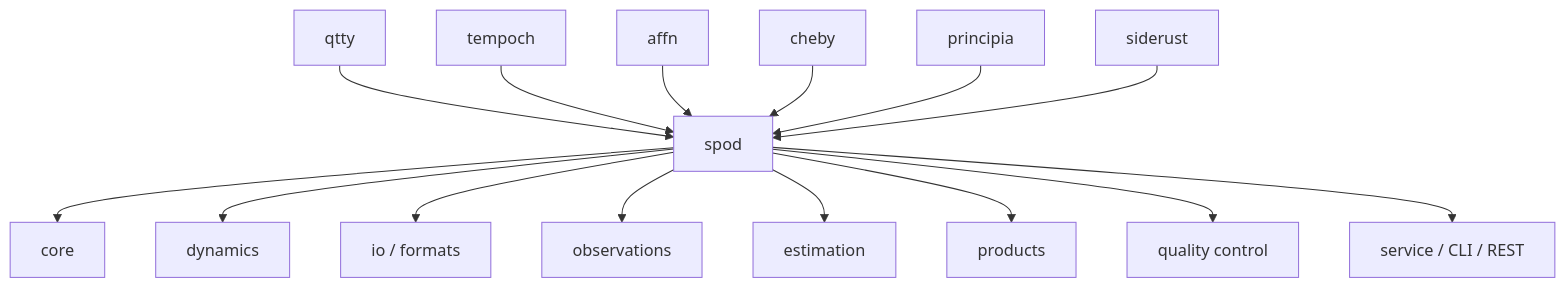
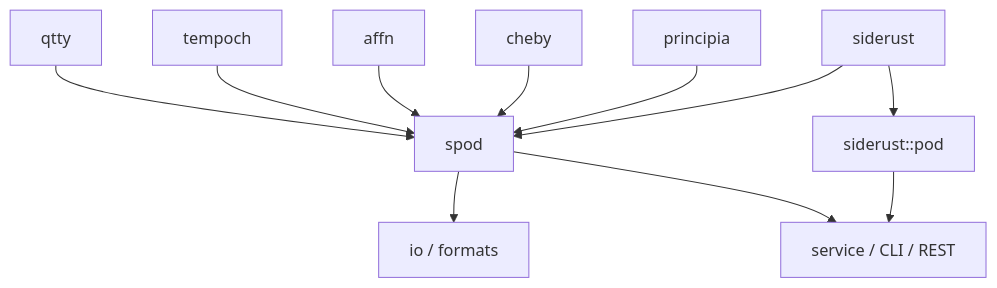
Before and after one commit to VPRamon/spod: the first of 2 diagrams in docs/architecture/overview.md, drawn with Mermaid. The commit also changed other lines of this file and 107 other files, not shown here.

````diff
--- a/docs/architecture/overview.md
+++ b/docs/architecture/overview.md
@@ -16,18 +16,14 @@
 ```mermaid
 flowchart TD
     QTTY[qtty] --> POD[spod]
     TEMPOCH[tempoch] --> POD
     AFFN[affn] --> POD
     CHEBY[cheby] --> POD
     PRINCIPIA[principia] --> POD
     SIDERUST[siderust] --> POD
 
-    POD --> CORE[core]
-    POD --> DYN[dynamics]
     POD --> IO[io / formats]
-    POD --> OBS[observations]
-    POD --> EST[estimation]
-    POD --> PROD[products]
-    POD --> QC[quality control]
     POD --> SVC[service / CLI / REST]
+    SIDERUST --> SCIENCE[siderust::pod]
+    SCIENCE --> SVC
 ```
````
